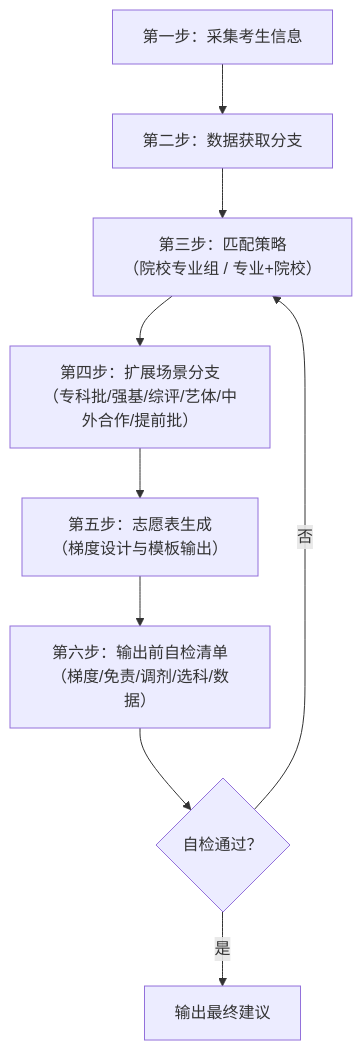
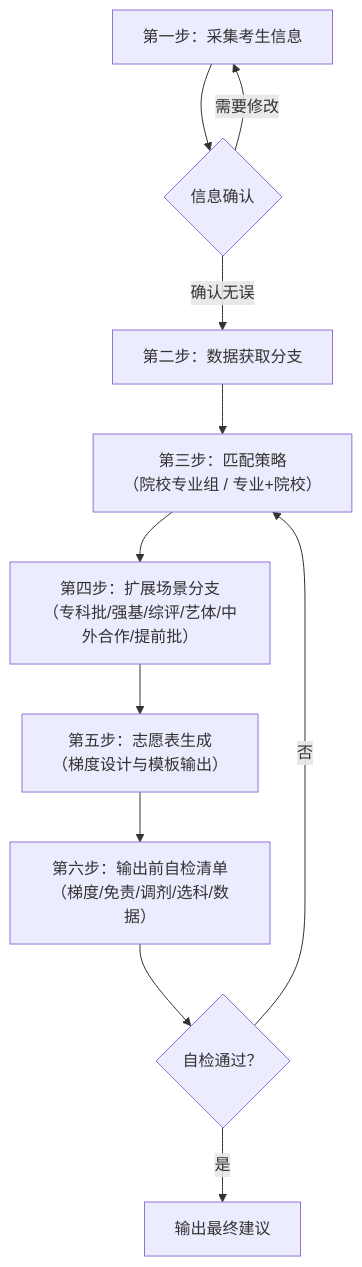
Before and after one commit to GZgreywolfy/gaokao-volunteer-assistant: the diagram in .trae/skills/SKILL.md, drawn with Mermaid. The commit also changed other lines of this file and 6 other files, not shown here.

````diff
--- a/.trae/skills/SKILL.md
+++ b/.trae/skills/SKILL.md
@@ -15,11 +15,13 @@
 ```mermaid
 flowchart TD
-    A[第一步：采集考生信息] --> B[第二步：数据获取分支]
+    A[第一步：采集考生信息] --> I{信息确认}
+    I -->|确认无误| B[第二步：数据获取分支]
+    I -->|需要修改| A
     B --> C[第三步：匹配策略<br>（院校专业组 / 专业+院校）]
     C --> D[第四步：扩展场景分支<br>（专科批/强基/综评/艺体/中外合作/提前批）]
     D --> E[第五步：志愿表生成<br>（梯度设计与模板输出）]
     E --> F[第六步：输出前自检清单<br>（梯度/免责/调剂/选科/数据）]
     F --> G{自检通过？}
     G -- 是 --> H[输出最终建议]
     G -- 否 --> C
 ```
````
